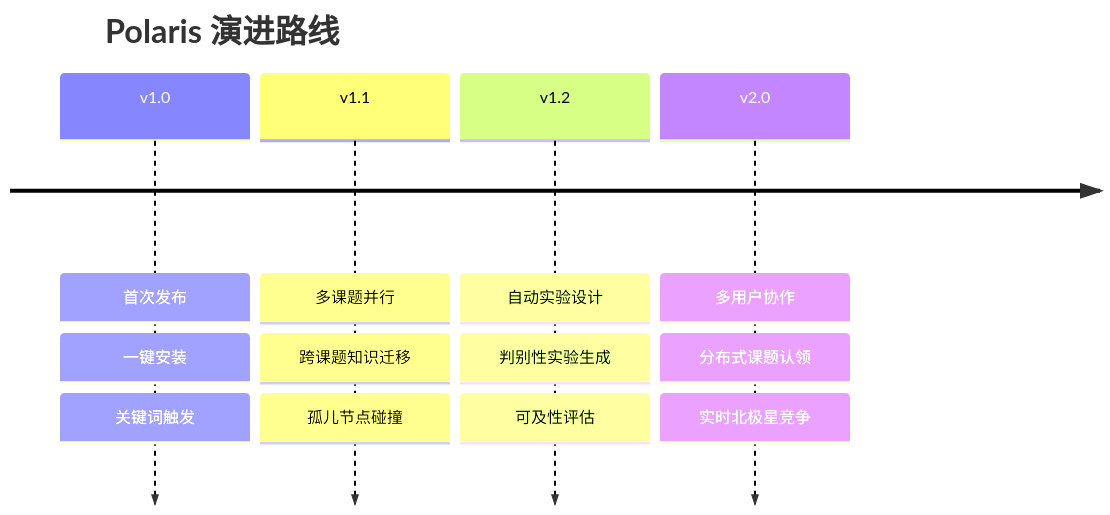
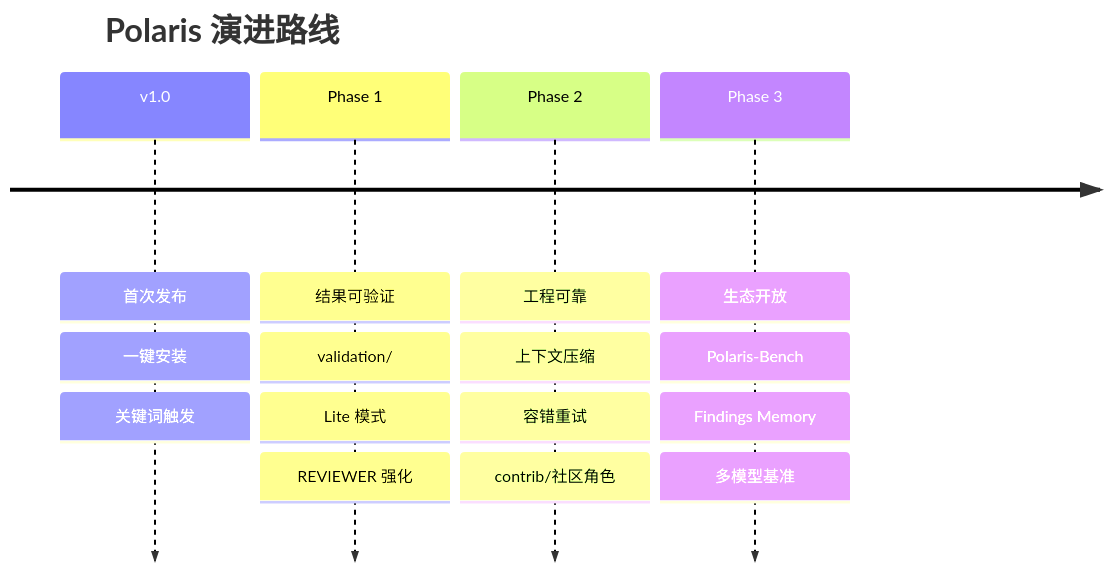
The ninth of 9 diagrams in README.md (val1813/Polaris), drawn with Mermaid before and after one commit. The commit also changed other lines of this file and 31 other files, not shown here.

Commit message:
v1.0 — validation engine, JSON schema, benchmarks, registry, knowledge graph linker, contributor identity, AHA fix, MCP enforcement, R1 prior art gate, empty-run interceptor, context compression, REVIEWER fatal-hit, Lite mode, taxonomy

````diff
--- a/README.md
+++ b/README.md
@@ -803,8 +866,8 @@
 ```mermaid
 timeline
     title Polaris 演进路线
     v1.0 : 首次发布 : 一键安装 : 关键词触发
-    v1.1 : 多课题并行 : 跨课题知识迁移 : 孤儿节点碰撞
-    v1.2 : 自动实验设计 : 判别性实验生成 : 可及性评估
-    v2.0 : 多用户协作 : 分布式课题认领 : 实时北极星竞争
+    Phase 1 : 结果可验证 : validation/ : Lite 模式 : REVIEWER 强化
+    Phase 2 : 工程可靠 : 上下文压缩 : 容错重试 : contrib/社区角色
+    Phase 3 : 生态开放 : Polaris-Bench : Findings Memory : 多模型基准
 ```
````
